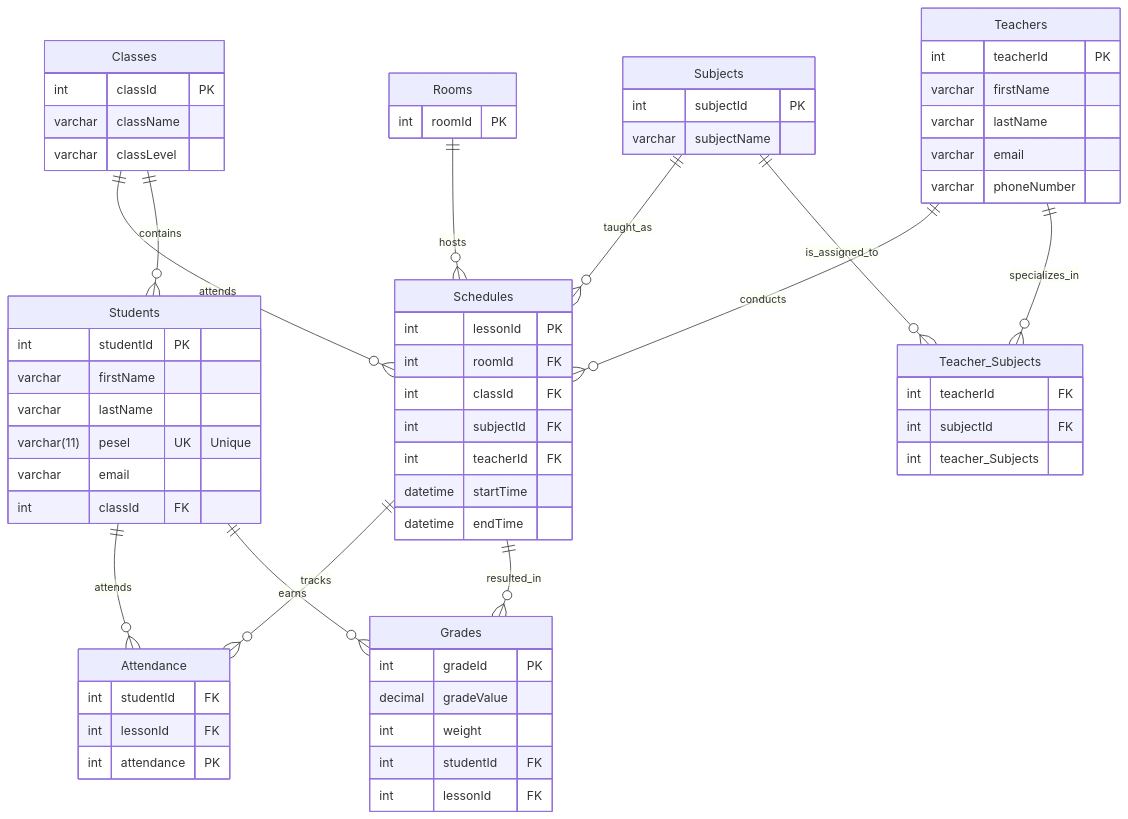
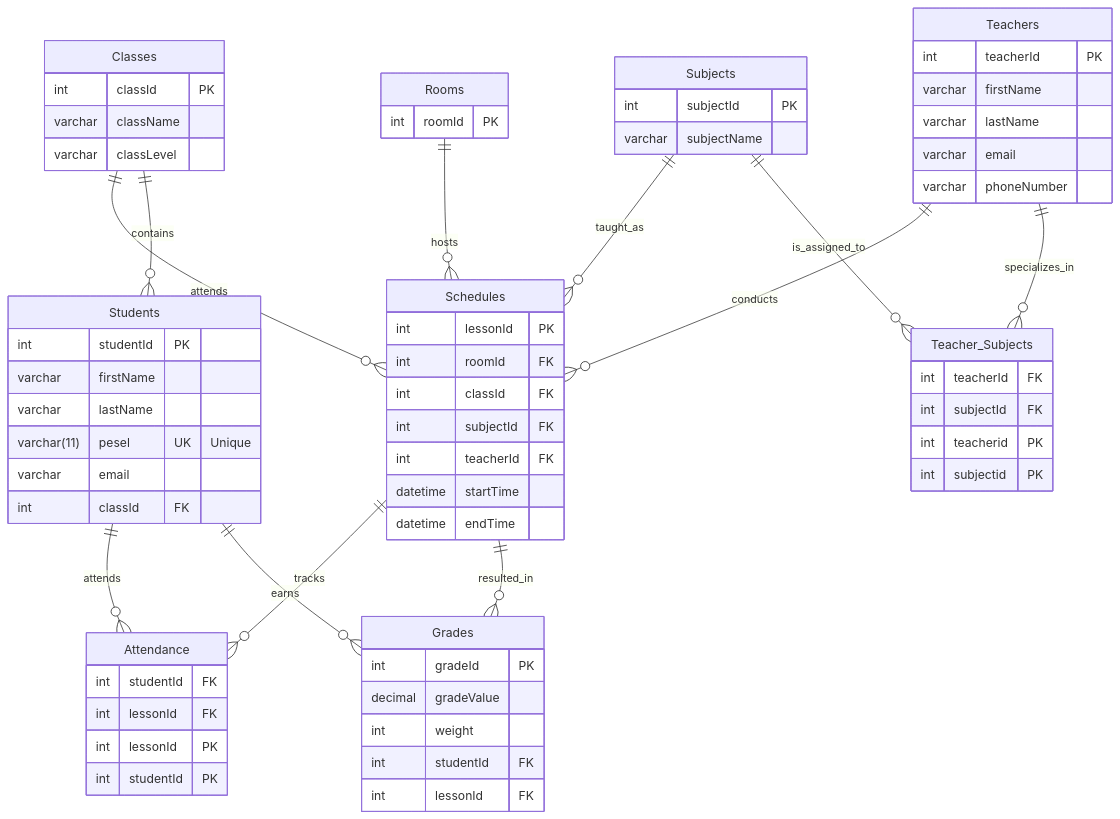
The diagram in README.md (vert2kys/School-Database-Project), drawn with Mermaid before and after one commit.

Commit message:
README.md

```diff
--- a/README.md
+++ b/README.md
@@ -90,13 +90,15 @@
     Teacher_Subjects {
         int teacherId FK
         int subjectId FK
-        int teacher_Subjects
+        int teacherid PK
+        int subjectid PK 
     }
 
     Attendance {
      int studentId FK
         int lessonId FK
-        int attendance PK
+        int lessonId PK
+        int studentId PK
 }
 
 
```
